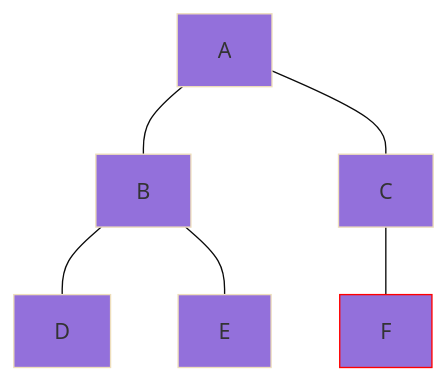
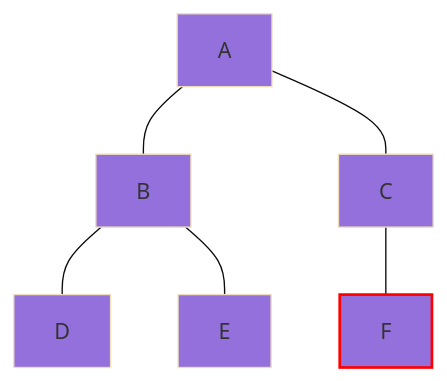
One commit to leessang01/leessang01.github.io changed the eighth of 15 diagrams in _posts/2024-06-02-BFS.md. Above: the diagram before and after it, drawn with Mermaid (base theme). The commit also changed other lines of this file, not shown here.

````diff
--- a/_posts/2024-06-02-BFS.md
+++ b/_posts/2024-06-02-BFS.md
@@ -235,14 +242,14 @@
 ```mermaid
 graph TD
  A---B;
  A---C;
  B---D;
  B---E;
  C---F;
  style A fill:#9370DB
  style B fill:#9370DB
  style C fill:#9370DB
  style D fill:#9370DB
  style E fill:#9370DB
- style F fill:#9370DB, stroke:red
+ style F fill:#9370DB, stroke:red, stroke-width:2px
 ```
````
